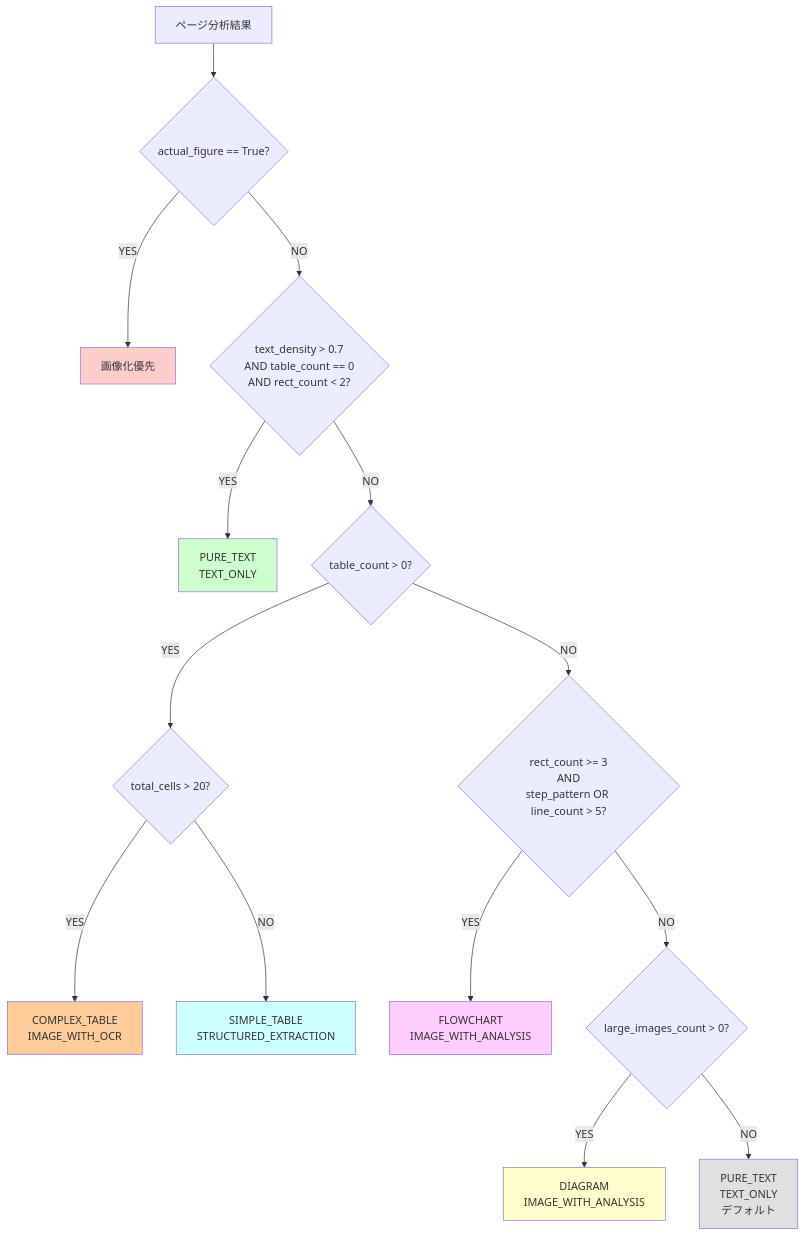
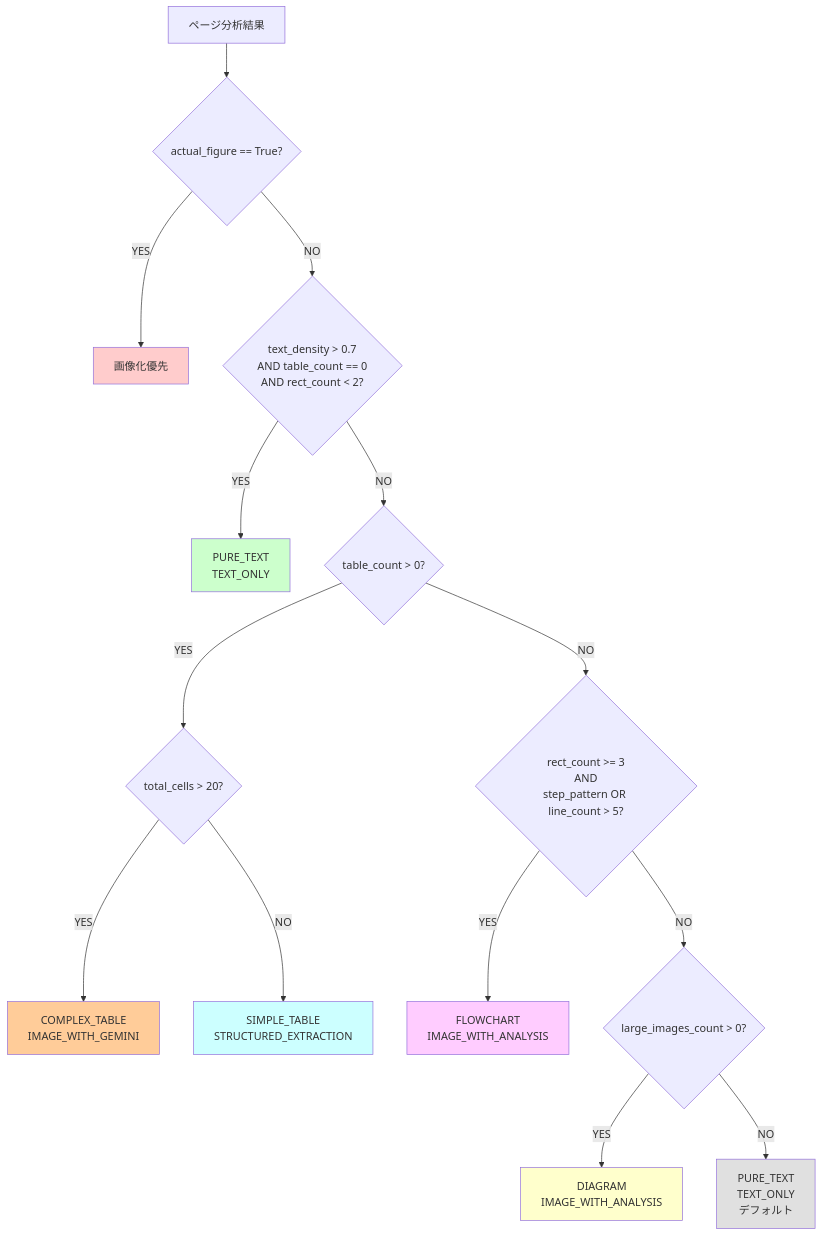
The third of 4 diagrams in TECHNICAL_DOCUMENTATION.md (uchi736/rag-preprocessing-optimizer), drawn with Mermaid before and after one commit. The commit also changed other lines of this file and 5 other files, not shown here.

First line of the commit message:
Refactor: Remove unused DocumentParser classes and rename IMAGE_WITH_OCR

````diff
--- a/TECHNICAL_DOCUMENTATION.md
+++ b/TECHNICAL_DOCUMENTATION.md
@@ -179,29 +179,29 @@
 ```mermaid
 flowchart TD
     Start[ページ分析結果] --> Q1{actual_figure == True?}
     Q1 -->|YES| Priority[画像化優先]
     Q1 -->|NO| Q2{text_density > 0.7<br/>AND table_count == 0<br/>AND rect_count < 2?}
     
     Q2 -->|YES| PT[PURE_TEXT<br/>TEXT_ONLY]
     Q2 -->|NO| Q3{table_count > 0?}
     
     Q3 -->|YES| Q3a{total_cells > 20?}
-    Q3a -->|YES| CT[COMPLEX_TABLE<br/>IMAGE_WITH_OCR]
+    Q3a -->|YES| CT[COMPLEX_TABLE<br/>IMAGE_WITH_GEMINI]
     Q3a -->|NO| ST[SIMPLE_TABLE<br/>STRUCTURED_EXTRACTION]
     
     Q3 -->|NO| Q4{rect_count >= 3<br/>AND<br/>step_pattern OR line_count > 5?}
     
     Q4 -->|YES| FC[FLOWCHART<br/>IMAGE_WITH_ANALYSIS]
     Q4 -->|NO| Q5{large_images_count > 0?}
     
     Q5 -->|YES| DG[DIAGRAM<br/>IMAGE_WITH_ANALYSIS]
     Q5 -->|NO| Default[PURE_TEXT<br/>TEXT_ONLY<br/>デフォルト]
     
     style Priority fill:#ffcccc
     style PT fill:#ccffcc
     style CT fill:#ffcc99
     style ST fill:#ccffff
     style FC fill:#ffccff
     style DG fill:#ffffcc
     style Default fill:#e0e0e0
 ```
````
